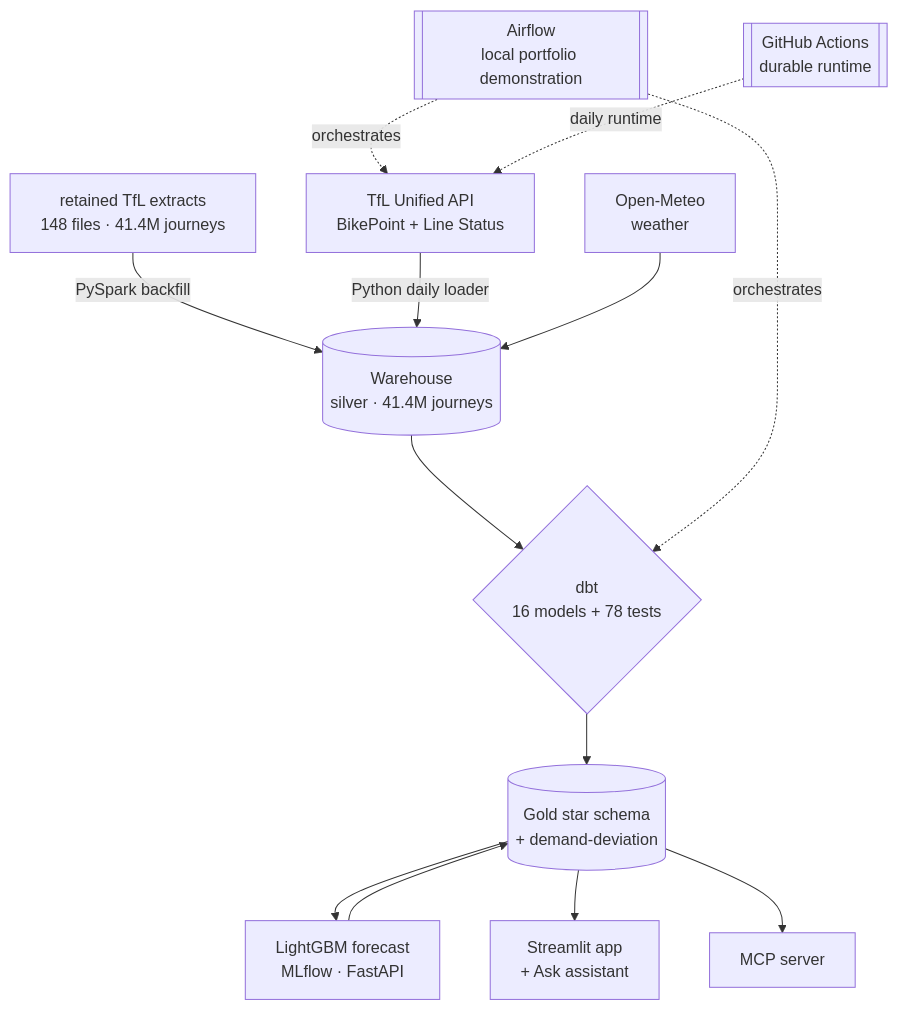
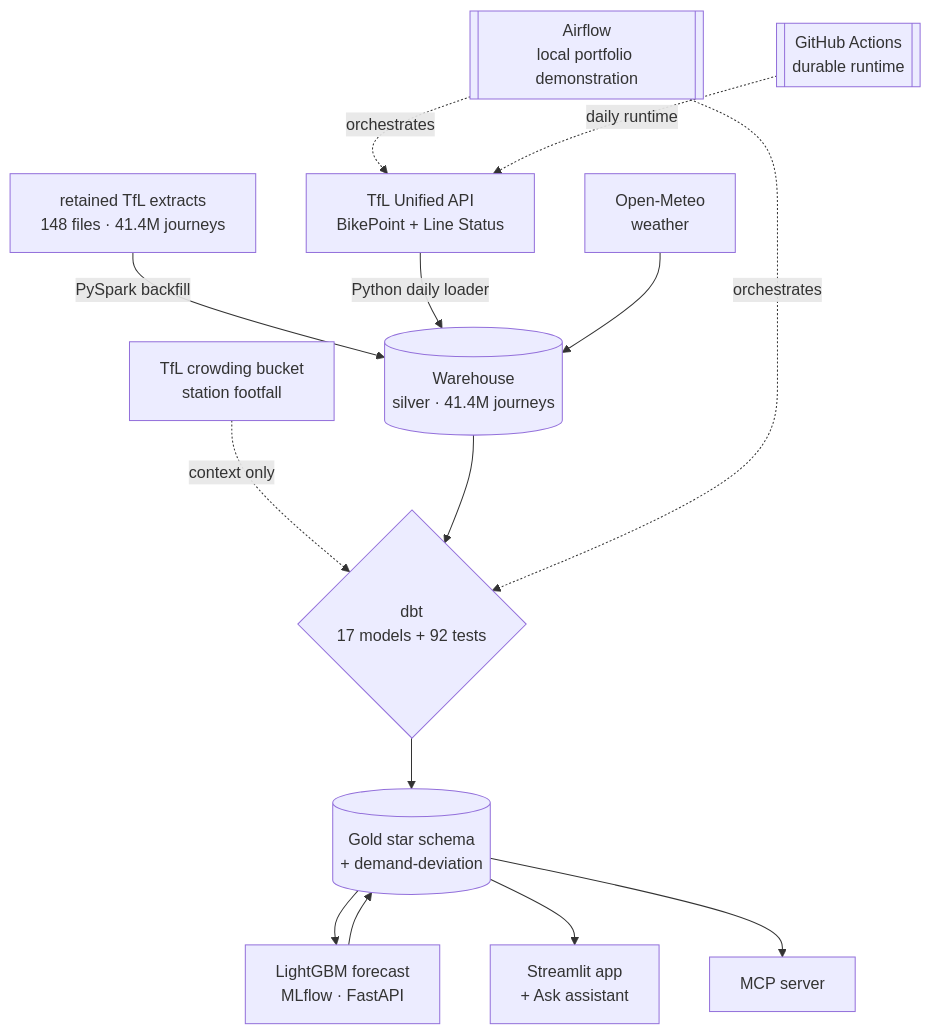
One commit to rosscyking1115/tfl-data-engineering changed the diagram in README.md. Above: the diagram before and after it, drawn with Mermaid. The commit also changed other lines of this file and 15 other files, not shown here.

````diff
--- a/README.md
+++ b/README.md
@@ -125,15 +138,16 @@
 ```mermaid
 flowchart TD
     A[retained TfL extracts<br/>148 files · 41.4M journeys] -->|PySpark backfill| S[(Warehouse<br/>silver · 41.4M journeys)]
     API[TfL Unified API<br/>BikePoint + Line Status] -->|Python daily loader| S
     W[Open-Meteo<br/>weather] --> S
-    S --> D{dbt<br/>16 models + 78 tests}
+    FF[TfL crowding bucket<br/>station footfall] -.context only.-> D
+    S --> D{dbt<br/>17 models + 92 tests}
     D --> G[(Gold star schema<br/>+ demand-deviation)]
     G --> ML[LightGBM forecast<br/>MLflow · FastAPI]
     ML --> G
     G --> APP[Streamlit app<br/>+ Ask assistant]
     G --> MCP[MCP server]
     AF[[Airflow<br/>local portfolio demonstration]] -.orchestrates.-> API
     AF -.orchestrates.-> D
     GH[[GitHub Actions<br/>durable runtime]] -.daily runtime.-> API
 ```
````
